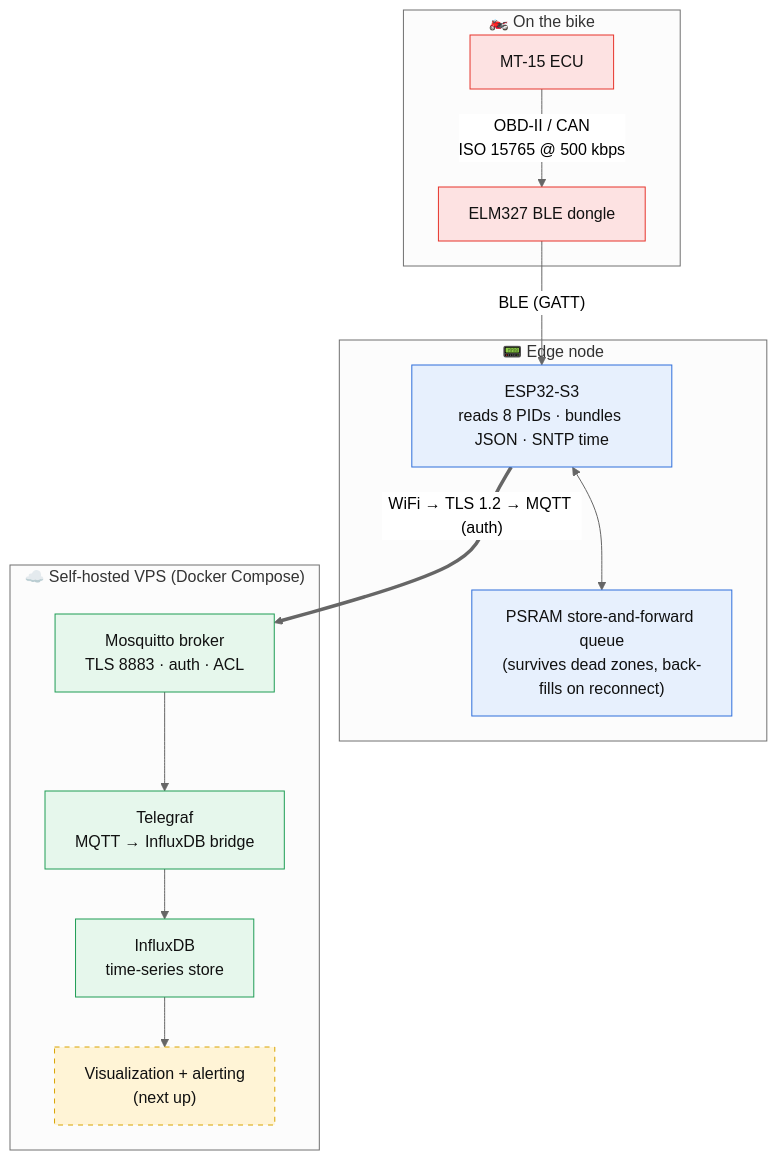
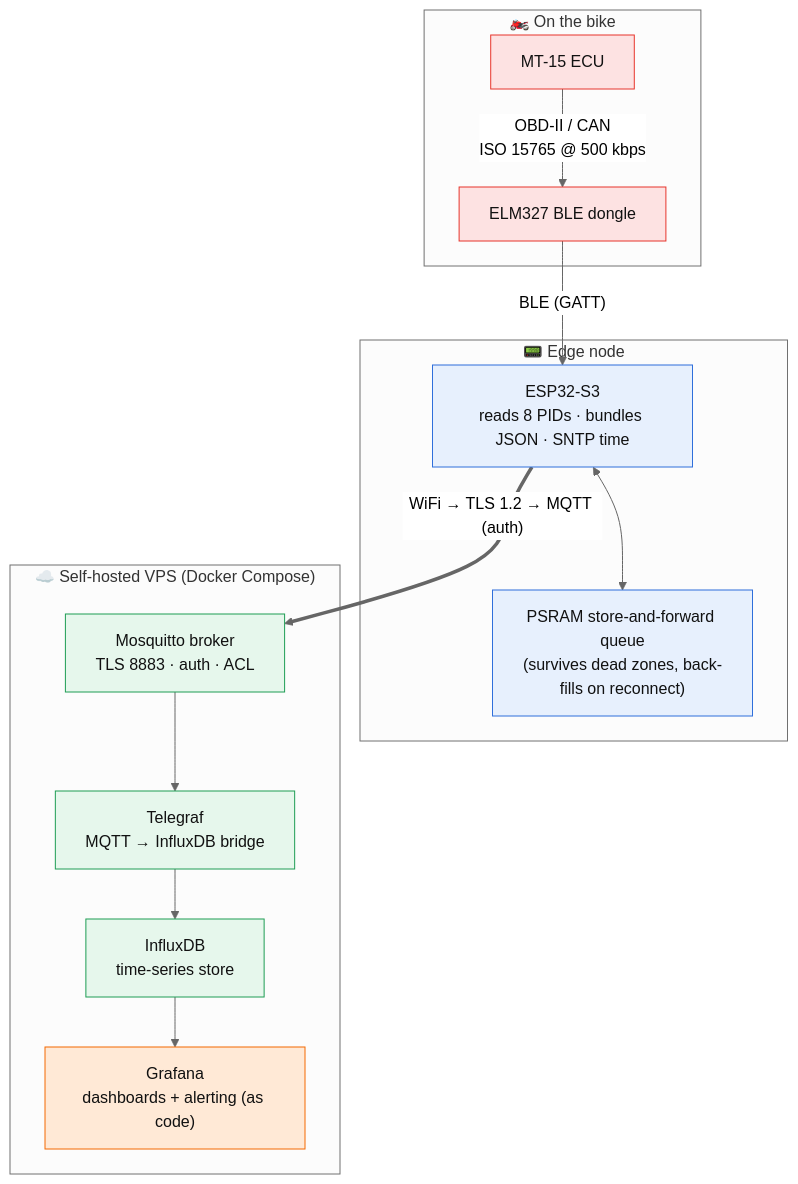
One commit to naveenapius/toothless-telemetry changed the diagram in README.md. Above: the diagram before and after it, drawn with Mermaid (neutral theme). The commit also changed other lines of this file, not shown here.

````diff
--- a/README.md
+++ b/README.md
@@ -30,34 +31,34 @@
 ```mermaid
 flowchart TB
     subgraph BIKE["🏍️ On the bike"]
         ECU["MT-15 ECU"]
         DONGLE["ELM327 BLE dongle"]
         ECU -->|"OBD-II / CAN<br/>ISO 15765 @ 500 kbps"| DONGLE
     end
 
     subgraph EDGE["📟 Edge node"]
         ESP["ESP32-S3<br/>reads 8 PIDs · bundles JSON · SNTP time"]
         BUF["PSRAM store-and-forward queue<br/>(survives dead zones, back-fills on reconnect)"]
         DONGLE -->|"BLE (GATT)"| ESP
         ESP <--> BUF
     end
 
     subgraph CLOUD["☁️ Self-hosted VPS (Docker Compose)"]
         MQTT["Mosquitto broker<br/>TLS 8883 · auth · ACL"]
         TG["Telegraf<br/>MQTT → InfluxDB bridge"]
         INFLUX["InfluxDB<br/>time-series store"]
-        VIZ["Visualization + alerting<br/>(next up)"]
+        VIZ["Grafana<br/>dashboards + alerting (as code)"]
         MQTT --> TG --> INFLUX --> VIZ
     end
 
     ESP ==>|"WiFi → TLS 1.2 → MQTT (auth)"| MQTT
 
     classDef bike fill:#fde2e2,stroke:#e7352c,color:#111;
     classDef edge fill:#e7f0fd,stroke:#2f6fdb,color:#111;
     classDef cloud fill:#e6f7ec,stroke:#1f9d55,color:#111;
-    classDef next fill:#fff4d6,stroke:#d9a400,color:#111,stroke-dasharray:5 5;
+    classDef viz fill:#ffe9d6,stroke:#f46800,color:#111;
     class ECU,DONGLE bike;
     class ESP,BUF edge;
     class MQTT,TG,INFLUX cloud;
-    class VIZ next;
+    class VIZ viz;
 ```
````
